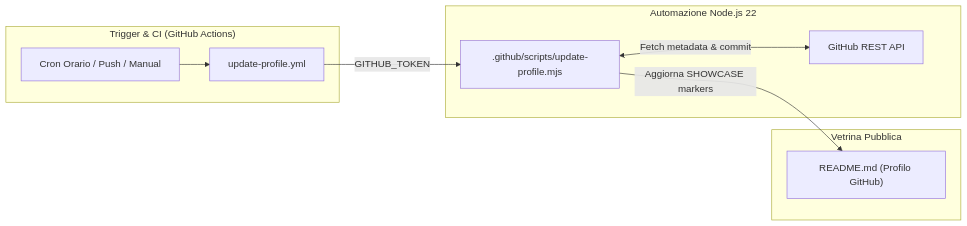
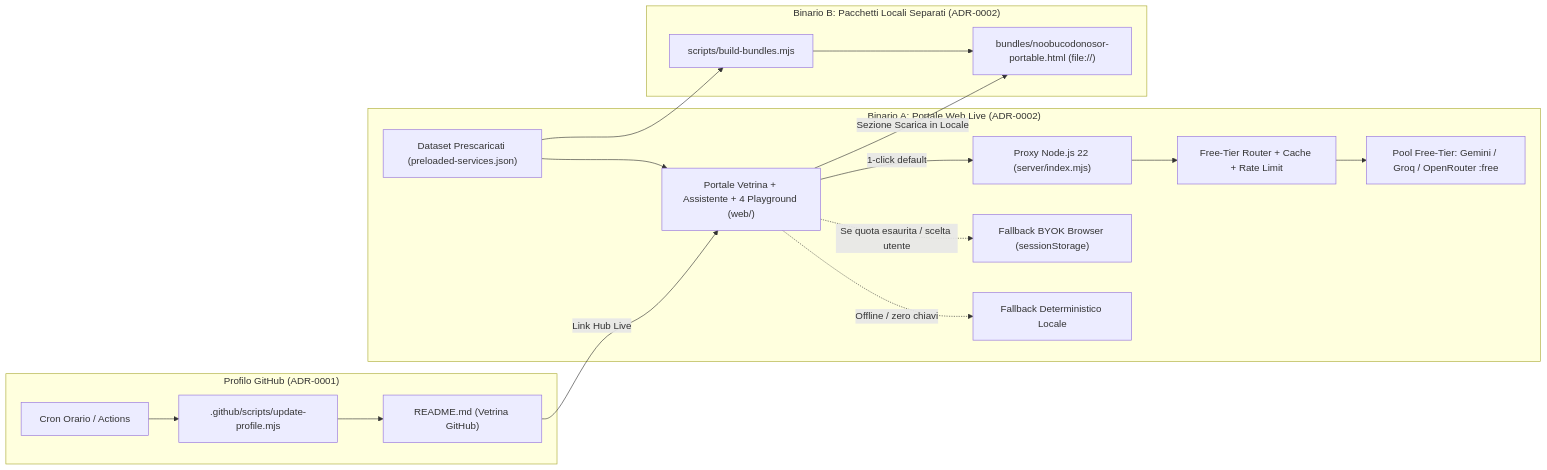
The diagram in docs/adr/README.md (Noobucodonosor/Noobucodonosor), drawn with Mermaid before and after one commit. The commit also changed other lines of this file and 24 other files, not shown here.

First line of the commit message:
feat(ADR-0002,ADR-0003): Hub vetrina, router free-tier, hardening sicurezza e bundle portabile

````diff
--- a/docs/adr/README.md
+++ b/docs/adr/README.md
@@ -17,21 +19,32 @@
 ```mermaid
 flowchart LR
-  subgraph Schedule["Trigger & CI (GitHub Actions)"]
-    CRON["Cron Orario / Push / Manual"]
-    WF["update-profile.yml"]
+  subgraph Profile["Profilo GitHub (ADR-0001)"]
+    CRON["Cron Orario / Actions"]
+    SCRIPT[".github/scripts/update-profile.mjs"]
+    README["README.md (Vetrina GitHub)"]
   end
 
-  subgraph Engine["Automazione Node.js 22"]
-    SCRIPT[".github/scripts/update-profile.mjs"]
-    GHAPI["GitHub REST API"]
+  subgraph WebHub["Binario A: Portale Web Live (ADR-0002)"]
+    UI["Portale Vetrina + Assistente + 4 Playground (web/)"]
+    DATA["Dataset Prescaricati (preloaded-services.json)"]
+    PROXY["Proxy Node.js 22 (server/index.mjs)"]
+    ROUTER["Free-Tier Router + Cache + Rate Limit"]
+    POOL["Pool Free-Tier: Gemini / Groq / OpenRouter :free"]
+    BYOK["Fallback BYOK Browser (sessionStorage)"]
+    LOCAL["Fallback Deterministico Locale"]
   end
 
-  subgraph Output["Vetrina Pubblica"]
-    README["README.md (Profilo GitHub)"]
+  subgraph Portable["Binario B: Pacchetti Locali Separati (ADR-0002)"]
+    BUILDER["scripts/build-bundles.mjs"]
+    HTML["bundles/noobucodonosor-portable.html (file://)"]
   end
 
-  CRON --> WF
-  WF -->|"GITHUB_TOKEN"| SCRIPT
-  SCRIPT <-->|"Fetch metadata & commit"| GHAPI
-  SCRIPT -->|"Aggiorna SHOWCASE markers"| README
+  CRON --> SCRIPT --> README
+  README -->|"Link Hub Live"| UI
+  DATA --> UI
+  UI -->|"1-click default"| PROXY --> ROUTER --> POOL
+  UI -.->|"Se quota esaurita / scelta utente"| BYOK
+  UI -.->|"Offline / zero chiavi"| LOCAL
+  DATA --> BUILDER --> HTML
+  UI -->|"Sezione Scarica in Locale"| HTML
 ```
````
